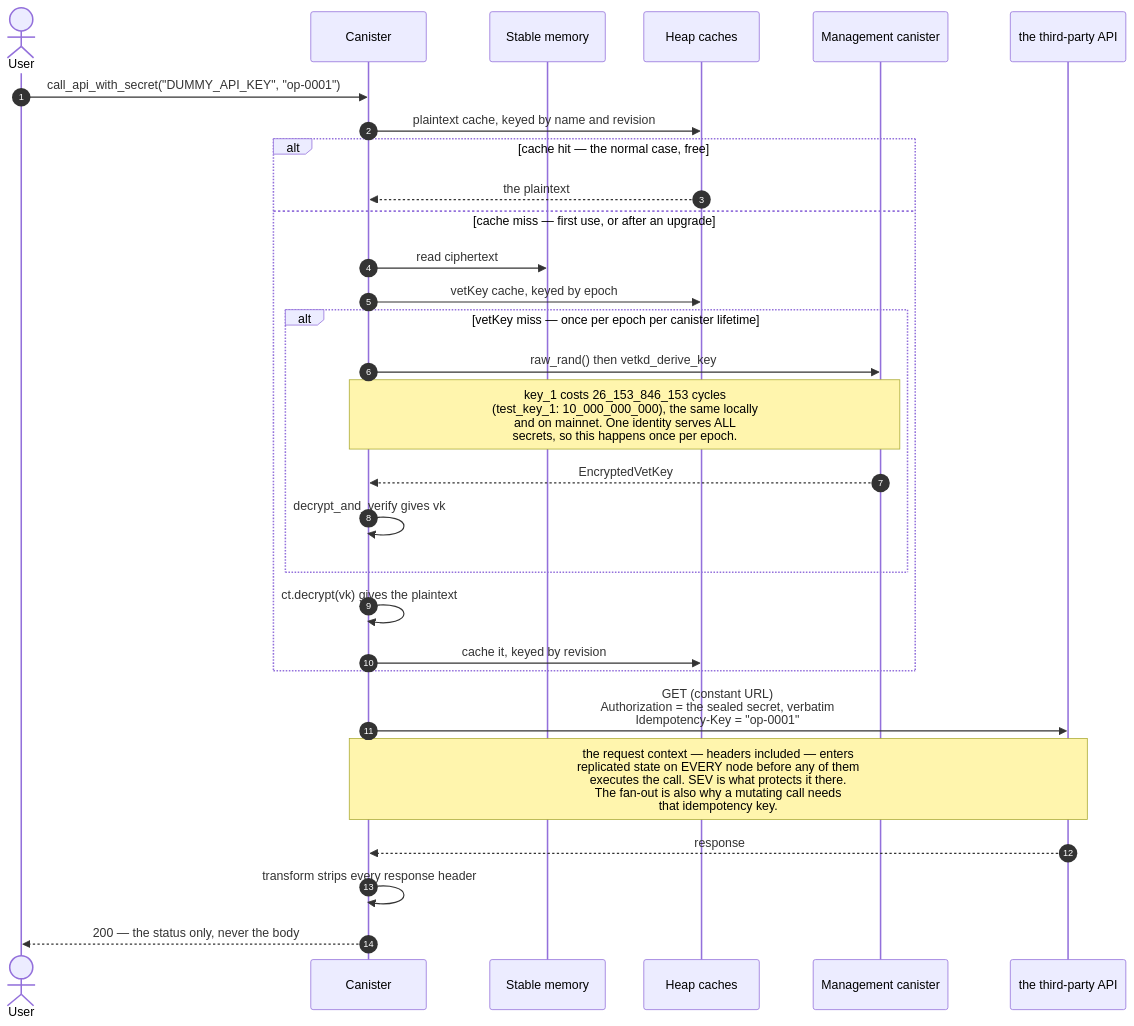
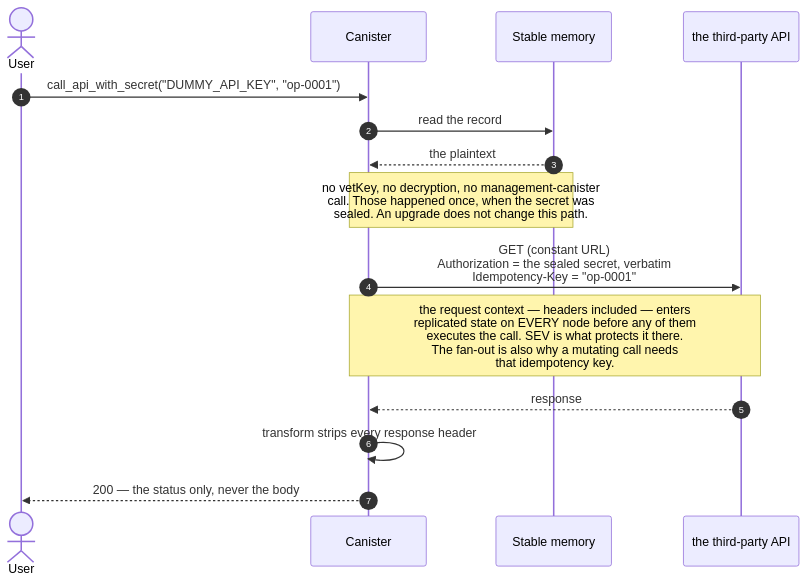
Before and after one commit to marc0olo/icp-seeding-secrets-poc: the second of 2 diagrams in README.md, drawn with Mermaid. The commit also changed other lines of this file and 11 other files, not shown here.

````diff
--- a/README.md
+++ b/README.md
@@ -159,33 +166,19 @@
 ```mermaid
 sequenceDiagram
     autonumber
     actor User
     participant Can as Canister
     participant Stable as Stable memory
-    participant Heap as Heap caches
-    participant Mgmt as Management canister
     participant API as the third-party API
 
     User->>Can: call_api_with_secret("DUMMY_API_KEY", "op-0001")
-    Can->>Heap: plaintext cache, keyed by name and revision
-    alt cache hit — the normal case, free
-        Heap-->>Can: the plaintext
-    else cache miss — first use, or after an upgrade
-        Can->>Stable: read ciphertext
-        Can->>Heap: vetKey cache, keyed by epoch
-        alt vetKey miss — once per epoch per canister lifetime
-            Can->>Mgmt: raw_rand() then vetkd_derive_key
-            Note over Can,Mgmt: key_1 costs 26_153_846_153 cycles<br/>(test_key_1: 10_000_000_000), the same locally<br/>and on mainnet. One identity serves ALL<br/>secrets, so this happens once per epoch.
-            Mgmt-->>Can: EncryptedVetKey
-            Can->>Can: decrypt_and_verify gives vk
-        end
-        Can->>Can: ct.decrypt(vk) gives the plaintext
-        Can->>Heap: cache it, keyed by revision
-    end
+    Can->>Stable: read the record
+    Stable-->>Can: the plaintext
+    Note over Can,Stable: no vetKey, no decryption, no management-canister<br/>call. Those happened once, when the secret was<br/>sealed. An upgrade does not change this path.
 
     Can->>API: GET (constant URL)<br/>Authorization = the sealed secret, verbatim<br/>Idempotency-Key = "op-0001"
     Note over Can,API: the request context — headers included — enters<br/>replicated state on EVERY node before any of them<br/>executes the call. SEV is what protects it there.<br/>The fan-out is also why a mutating call needs<br/>that idempotency key.
     API-->>Can: response
     Can->>Can: transform strips every response header
     Can-->>User: 200 — the status only, never the body
 ```
````
